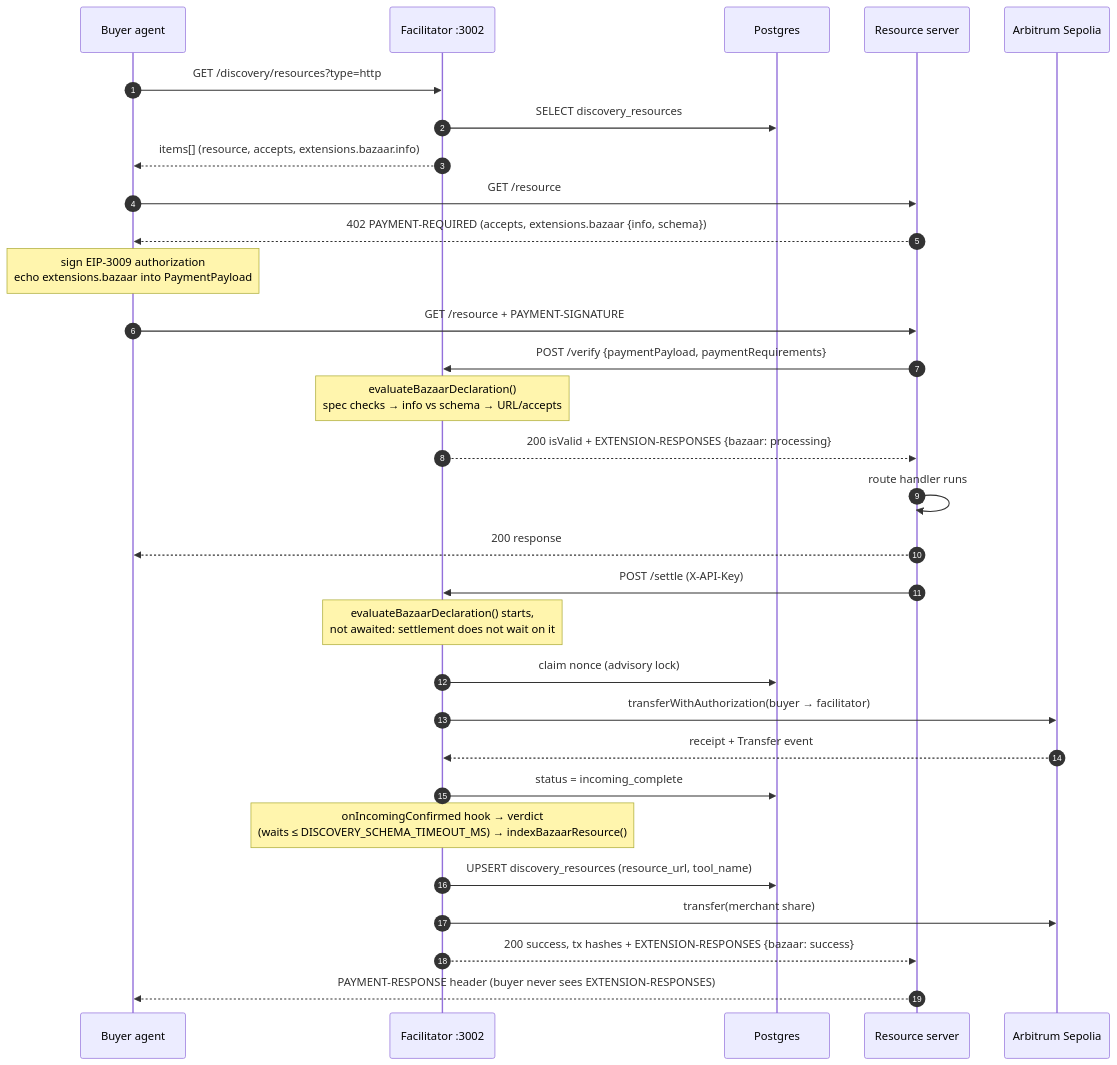
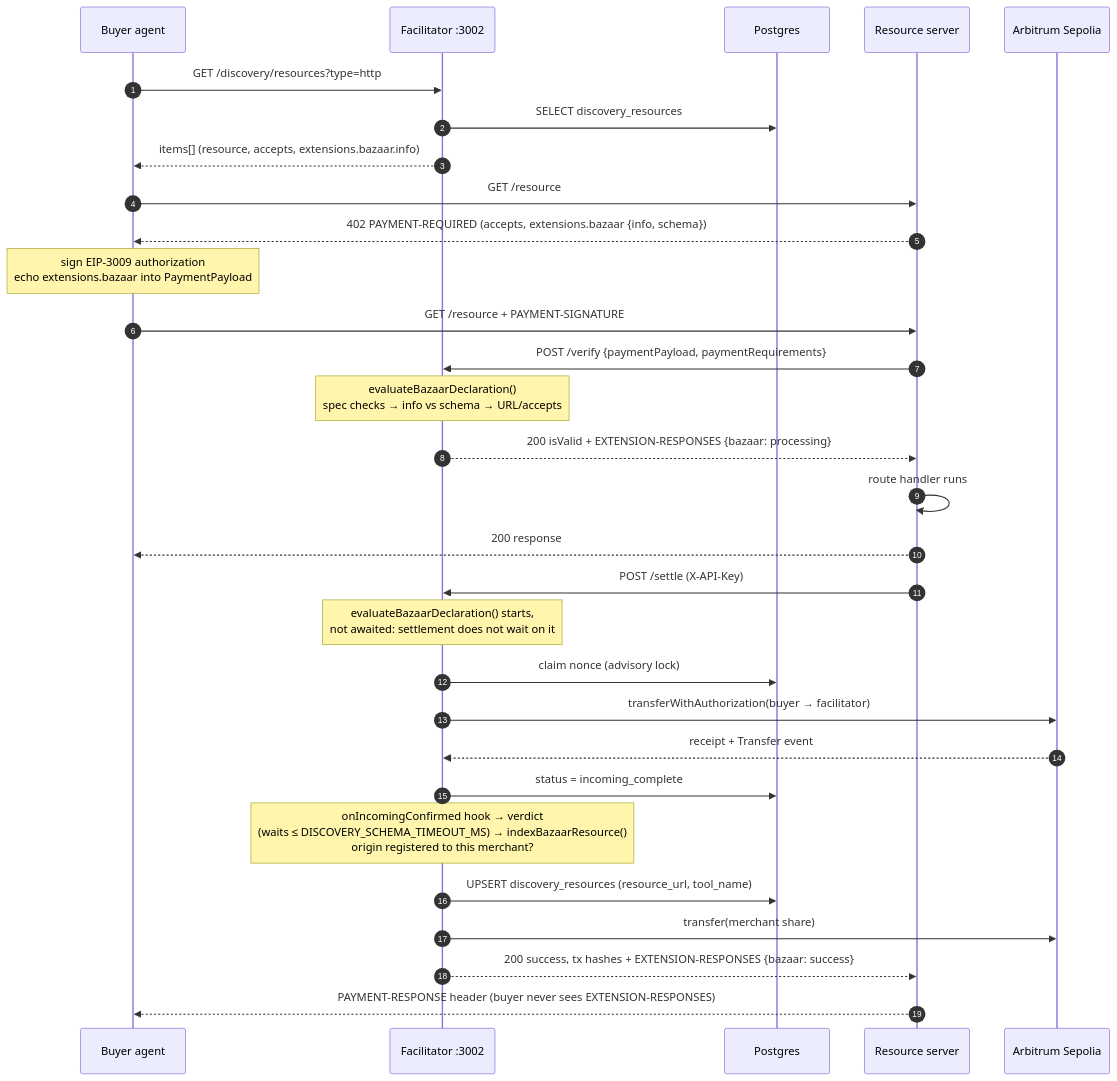
Before and after one commit to hummusonrails/x402-facilitator: the second of 2 diagrams in docs/BAZAAR_DISCOVERY.md, drawn with Mermaid. The commit also changed other lines of this file and 10 other files, not shown here.

Commit message:
only catalogue resources on origins the merchant registered

````diff
--- a/docs/BAZAAR_DISCOVERY.md
+++ b/docs/BAZAAR_DISCOVERY.md
@@ -90,38 +93,38 @@
 ```mermaid
 sequenceDiagram
   autonumber
   participant Agent as Buyer agent
   participant Fac as Facilitator :3002
   participant DB as Postgres
   participant Seller as Resource server
   participant Chain as Arbitrum Sepolia
 
   Agent->>Fac: GET /discovery/resources?type=http
   Fac->>DB: SELECT discovery_resources
   Fac-->>Agent: items[] (resource, accepts, extensions.bazaar.info)
 
   Agent->>Seller: GET /resource
   Seller-->>Agent: 402 PAYMENT-REQUIRED (accepts, extensions.bazaar {info, schema})
 
   Note over Agent: sign EIP-3009 authorization<br/>echo extensions.bazaar into PaymentPayload
   Agent->>Seller: GET /resource + PAYMENT-SIGNATURE
 
   Seller->>Fac: POST /verify {paymentPayload, paymentRequirements}
   Note over Fac: evaluateBazaarDeclaration()<br/>spec checks → info vs schema → URL/accepts
   Fac-->>Seller: 200 isValid + EXTENSION-RESPONSES {bazaar: processing}
 
   Seller->>Seller: route handler runs
   Seller-->>Agent: 200 response
 
   Seller->>Fac: POST /settle (X-API-Key)
   Note over Fac: evaluateBazaarDeclaration() starts,<br/>not awaited: settlement does not wait on it
   Fac->>DB: claim nonce (advisory lock)
   Fac->>Chain: transferWithAuthorization(buyer → facilitator)
   Chain-->>Fac: receipt + Transfer event
   Fac->>DB: status = incoming_complete
-  Note over Fac: onIncomingConfirmed hook → verdict<br/>(waits ≤ DISCOVERY_SCHEMA_TIMEOUT_MS) → indexBazaarResource()
+  Note over Fac: onIncomingConfirmed hook → verdict<br/>(waits ≤ DISCOVERY_SCHEMA_TIMEOUT_MS) → indexBazaarResource()<br/>origin registered to this merchant?
   Fac->>DB: UPSERT discovery_resources (resource_url, tool_name)
   Fac->>Chain: transfer(merchant share)
   Fac-->>Seller: 200 success, tx hashes + EXTENSION-RESPONSES {bazaar: success}
   Seller-->>Agent: PAYMENT-RESPONSE header (buyer never sees EXTENSION-RESPONSES)
 ```
````
